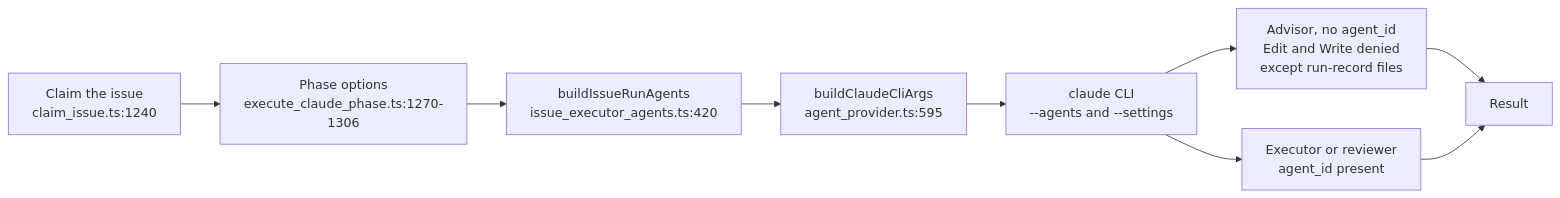
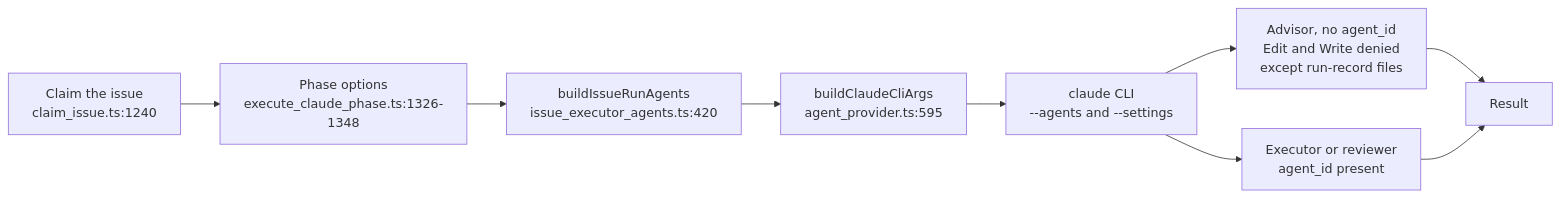
The first of 4 diagrams in docs/MANAGER-WORKER-CONTRACT.md (stSoftwareAU/VibeCoder), drawn with Mermaid before and after one commit. The commit also changed other lines of this file, not shown here.

````diff
--- a/docs/MANAGER-WORKER-CONTRACT.md
+++ b/docs/MANAGER-WORKER-CONTRACT.md
@@ -214,11 +209,11 @@
 ```mermaid
 flowchart LR
-  A["Claim the issue<br/>claim_issue.ts:1240"] --> B["Phase options<br/>execute_claude_phase.ts:1270-1306"]
+  A["Claim the issue<br/>claim_issue.ts:1240"] --> B["Phase options<br/>execute_claude_phase.ts:1326-1348"]
   B --> C["buildIssueRunAgents<br/>issue_executor_agents.ts:420"]
   C --> D["buildClaudeCliArgs<br/>agent_provider.ts:595"]
   D --> E["claude CLI<br/>--agents and --settings"]
   E --> F["Advisor, no agent_id<br/>Edit and Write denied<br/>except run-record files"]
   E --> G["Executor or reviewer<br/>agent_id present"]
   F --> H["Result"]
   G --> H
 ```
````
